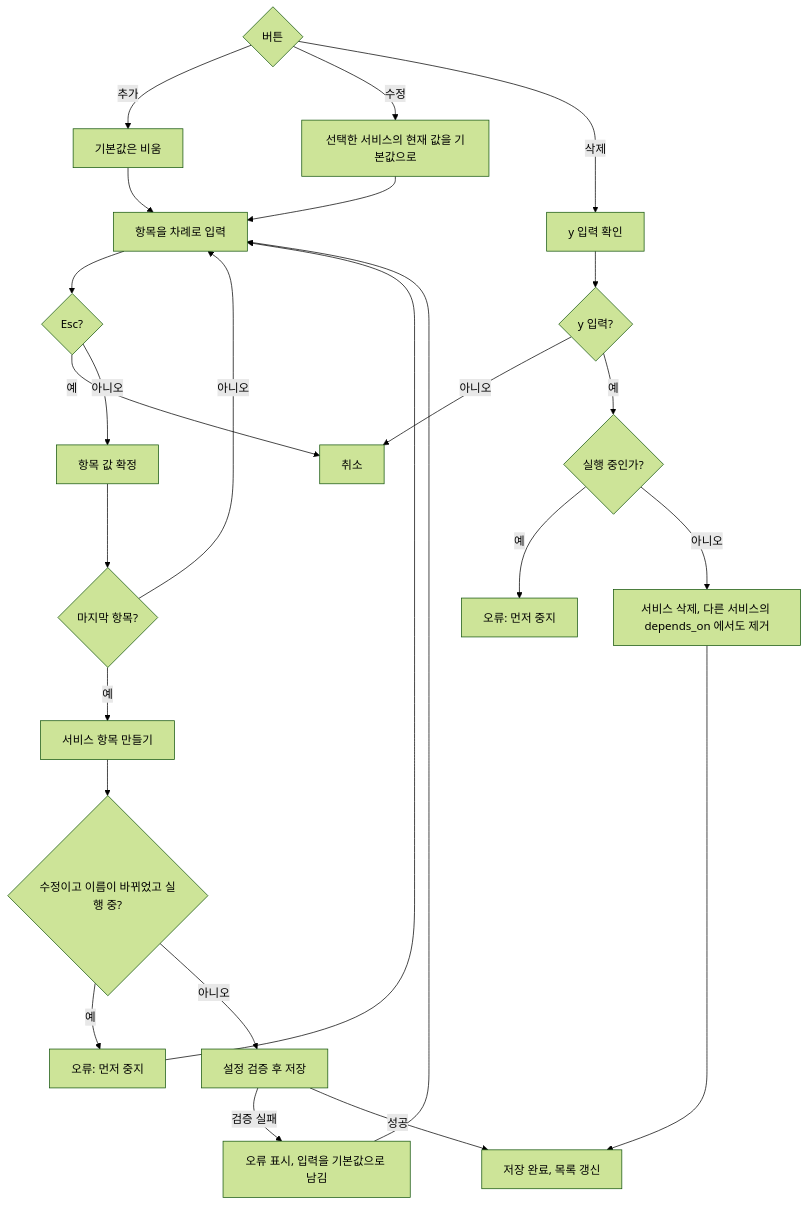
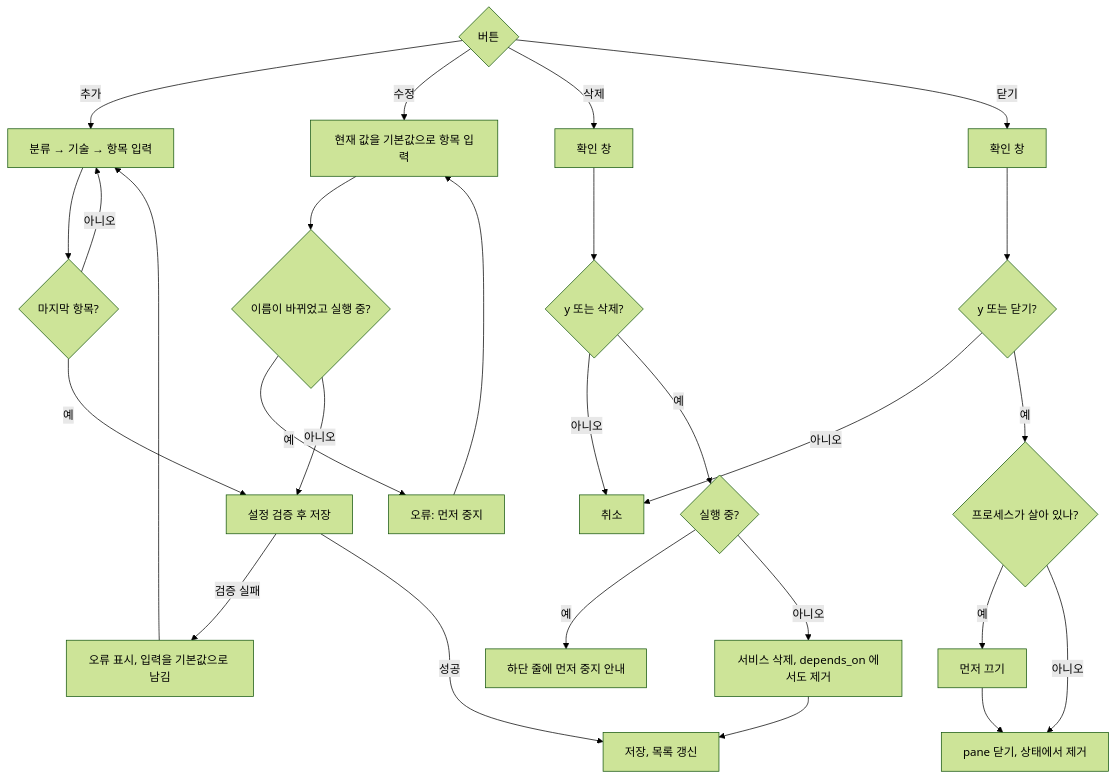
Before and after one commit to vrwolf1004/herdr-devrun: the fifth of 5 diagrams in docs/flow.md, drawn with Mermaid (forest theme). The commit also changed other lines of this file and 12 other files, not shown here.

````diff
--- a/docs/flow.md
+++ b/docs/flow.md
@@ -104,24 +109,22 @@
 ```mermaid
 flowchart TD
-    A{버튼} -- 추가 --> B[기본값은 비움]
-    A -- 수정 --> C[선택한 서비스의 현재 값을 기본값으로]
-    A -- 삭제 --> D[y 입력 확인]
-    B --> E[항목을 차례로 입력]
-    C --> E
-    E --> F{Esc?}
-    F -- 예 --> Cancel[취소]
-    F -- 아니오 --> G[항목 값 확정]
-    G --> H{마지막 항목?}
-    H -- 아니오 --> E
-    H -- 예 --> I[서비스 항목 만들기]
-    I --> J{수정이고 이름이 바뀌었고 실행 중?}
-    J -- 예 --> Err1[오류: 먼저 중지] --> E
-    J -- 아니오 --> K[설정 검증 후 저장]
-    K -- 검증 실패 --> Err2[오류 표시, 입력을 기본값으로 남김] --> E
-    K -- 성공 --> Ok[저장 완료, 목록 갱신]
-    D --> Y{y 입력?}
-    Y -- 아니오 --> Cancel
-    Y -- 예 --> R{실행 중인가?}
-    R -- 예 --> Err3[오류: 먼저 중지]
-    R -- 아니오 --> Del[서비스 삭제, 다른 서비스의 depends_on 에서도 제거] --> Ok
+    A{버튼} -- 추가 --> B[분류 → 기술 → 항목 입력]
+    B --> K{마지막 항목?}
+    K -- 아니오 --> B
+    K -- 예 --> V[설정 검증 후 저장]
+    V -- 검증 실패 --> E1[오류 표시, 입력을 기본값으로 남김] --> B
+    V -- 성공 --> OK[저장, 목록 갱신]
+    A -- 수정 --> F[현재 값을 기본값으로 항목 입력] --> K2{이름이 바뀌었고 실행 중?}
+    K2 -- 예 --> E2[오류: 먼저 중지] --> F
+    K2 -- 아니오 --> V
+    A -- 삭제 --> D[확인 창] --> Y{y 또는 삭제?}
+    Y -- 아니오 --> C[취소]
+    Y -- 예 --> R{실행 중?}
+    R -- 예 --> E3[하단 줄에 먼저 중지 안내]
+    R -- 아니오 --> DEL[서비스 삭제, depends_on 에서도 제거] --> OK
+    A -- 닫기 --> CF2[확인 창] --> Y2{y 또는 닫기?}
+    Y2 -- 아니오 --> C
+    Y2 -- 예 --> KILL{프로세스가 살아 있나?}
+    KILL -- 예 --> STOP[먼저 끄기] --> PANE[pane 닫기, 상태에서 제거]
+    KILL -- 아니오 --> PANE
 ```
````
